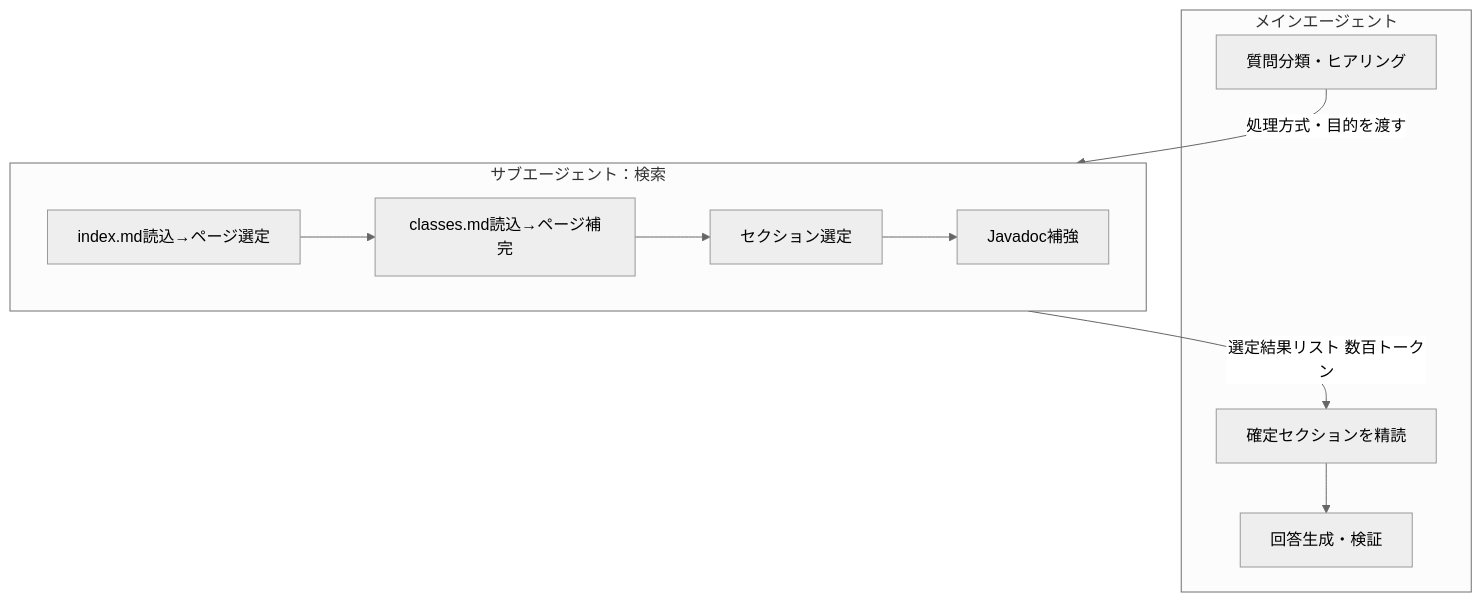
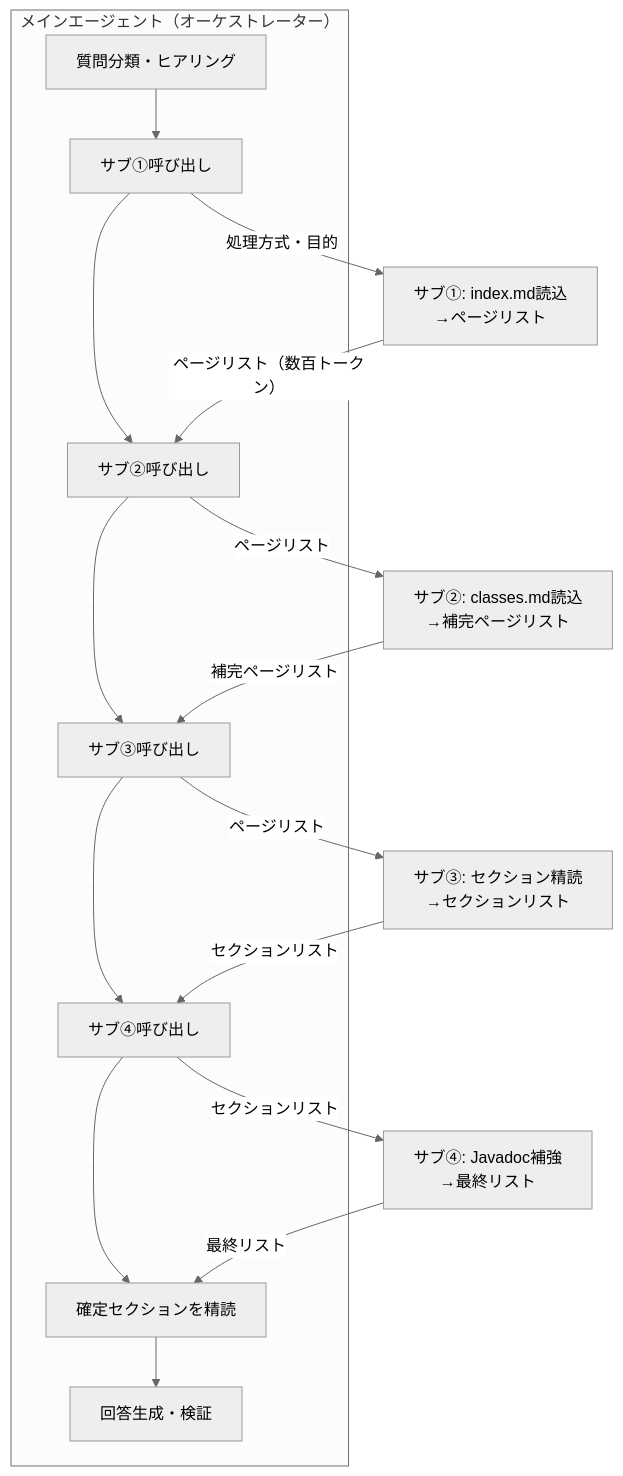
Before and after one commit to nablarch/nabledge-dev: the second of 2 diagrams in docs/reports/cost-optimization-nabledge.md, drawn with Mermaid (neutral theme). The commit also changed other lines of this file, not shown here.

Commit message:
docs: fix sub-agent design in cost optimization report
Replace single-sub sequential design with main-as-orchestrator pattern.
Each sub handles one step and returns only the result list; indexes are
not carried over to subsequent subs or the main agent.
Also remove the incorrect "sub cannot call sub" constraint entry.

````diff
--- a/docs/reports/cost-optimization-nabledge.md
+++ b/docs/reports/cost-optimization-nabledge.md
@@ -53,18 +55,25 @@
 ```mermaid
 flowchart TD
-    subgraph メイン[メインエージェント]
+    subgraph メイン[メインエージェント（オーケストレーター）]
         M1[質問分類・ヒアリング]
-        M4[確定セクションを精読]
-        M5[回答生成・検証]
+        M2[サブ①呼び出し]
+        M3[サブ②呼び出し]
+        M4[サブ③呼び出し]
+        M5[サブ④呼び出し]
+        M6[確定セクションを精読]
+        M7[回答生成・検証]
+        M1 --> M2 --> M3 --> M4 --> M5 --> M6 --> M7
     end
-    subgraph サブ[サブエージェント：検索]
-        S1[index.md読込→ページ選定]
-        S2[classes.md読込→ページ補完]
-        S3[セクション選定]
-        S4[Javadoc補強]
-        S1 --> S2 --> S3 --> S4
-    end
-    M1 -->|処理方式・目的を渡す| サブ
-    サブ -->|選定結果リスト 数百トークン| M4
-    M4 --> M5
+    S1[サブ①: index.md読込<br/>→ページリスト]
+    S2[サブ②: classes.md読込<br/>→補完ページリスト]
+    S3[サブ③: セクション精読<br/>→セクションリスト]
+    S4[サブ④: Javadoc補強<br/>→最終リスト]
+    M2 -->|処理方式・目的| S1
+    S1 -->|ページリスト（数百トークン）| M3
+    M3 -->|ページリスト| S2
+    S2 -->|補完ページリスト| M4
+    M4 -->|ページリスト| S3
+    S3 -->|セクションリスト| M5
+    M5 -->|セクションリスト| S4
+    S4 -->|最終リスト| M6
 ```
````
